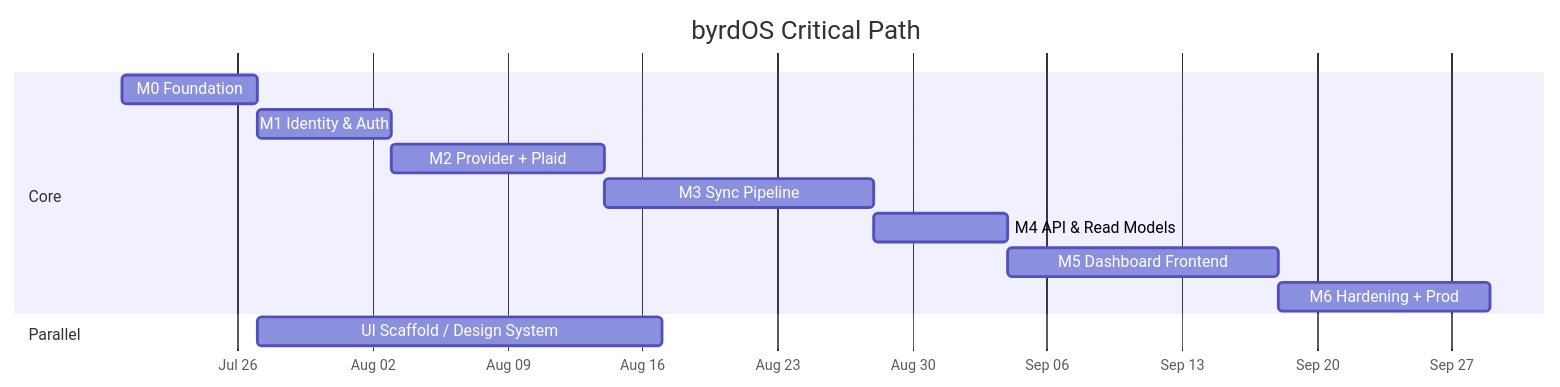
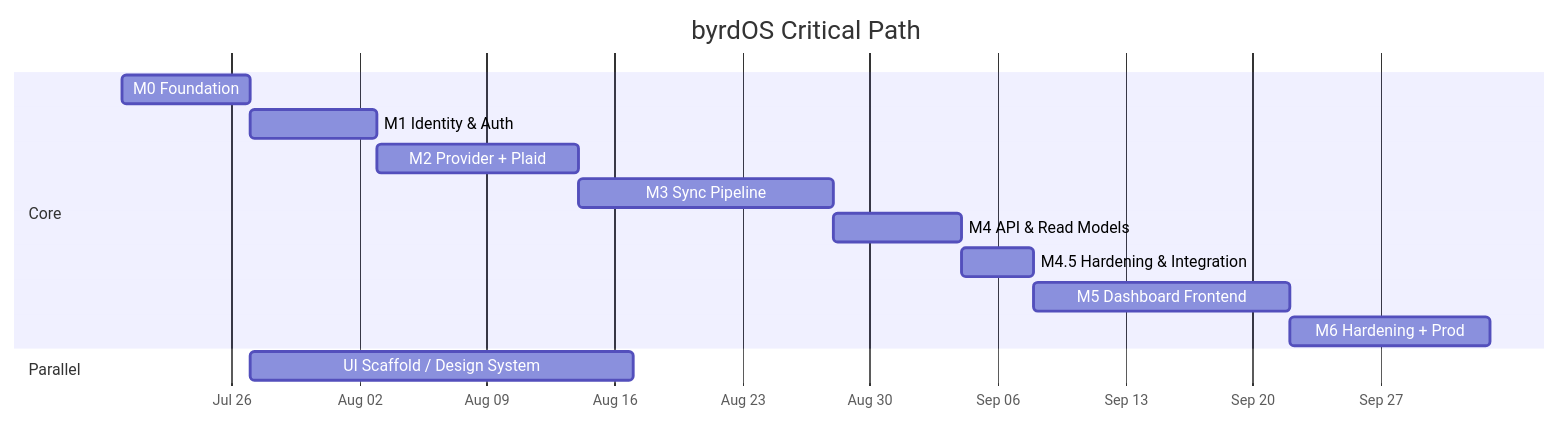
The second of 2 diagrams in docs/roadmap/milestones.md (kylerpbyrd/byrdos), drawn with Mermaid before and after one commit. The commit also changed other lines of this file and 130 other files, not shown here.

````diff
--- a/docs/roadmap/milestones.md
+++ b/docs/roadmap/milestones.md
@@ -358,18 +394,19 @@
 ```mermaid
 gantt
     title byrdOS Critical Path
     dateFormat  YYYY-MM-DD
     axisFormat  %b %d
 
     section Core
     M0 Foundation               :m0, 2026-07-20, 7d
     M1 Identity & Auth          :m1, after m0, 7d
     M2 Provider + Plaid         :m2, after m1, 11d
     M3 Sync Pipeline            :m3, after m2, 14d
     M4 API & Read Models        :m4, after m3, 7d
-    M5 Dashboard Frontend       :m5, after m4, 14d
+    M4.5 Hardening & Integration :m4p5, after m4, 4d
+    M5 Dashboard Frontend       :m5, after m4p5, 14d
     M6 Hardening + Prod         :m6, after m5, 11d
 
     section Parallel
     UI Scaffold / Design System :ui, after m0, 21d
 ```
````
